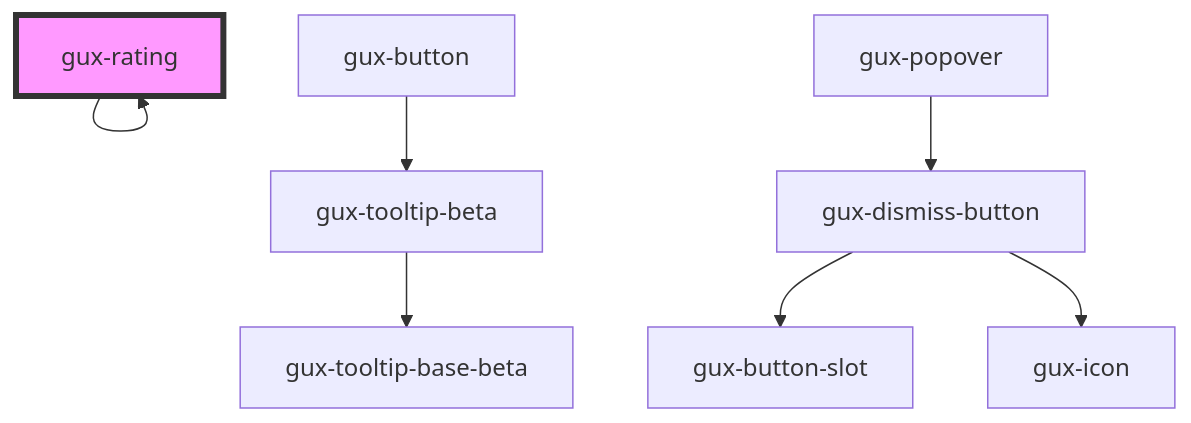
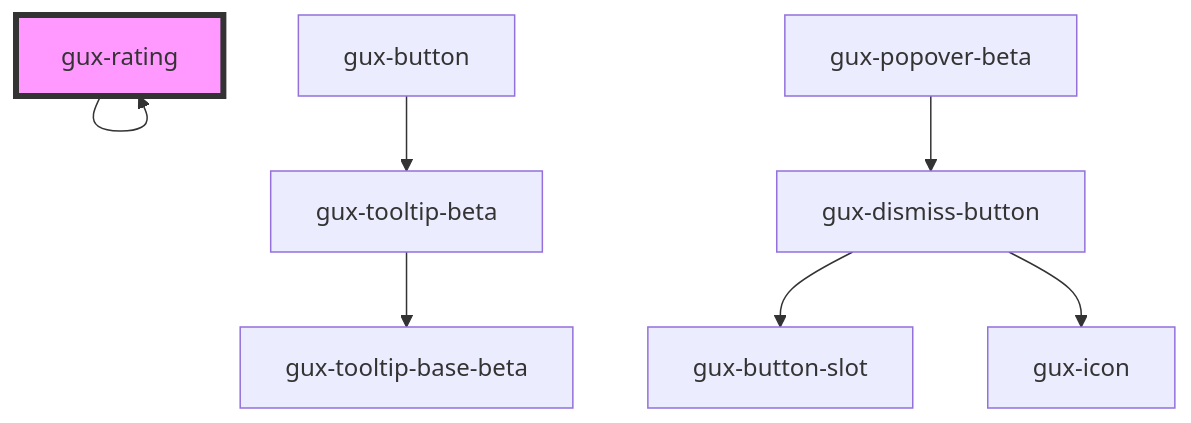
The diagram in packages/genesys-spark-components/src/components/stable/gux-rating/readme.md (MyPureCloud/genesys-spark), drawn with Mermaid before and after one commit. The commit also changed other lines of this file and 3 other files, not shown here.

````diff
--- a/packages/genesys-spark-components/src/components/stable/gux-rating/readme.md
+++ b/packages/genesys-spark-components/src/components/stable/gux-rating/readme.md
@@ -39,10 +39,10 @@
 ```mermaid
 graph TD;
   gux-rating --> gux-rating
   gux-button --> gux-tooltip-beta
   gux-tooltip-beta --> gux-tooltip-base-beta
-  gux-popover --> gux-dismiss-button
+  gux-popover-beta --> gux-dismiss-button
   gux-dismiss-button --> gux-button-slot
   gux-dismiss-button --> gux-icon
   style gux-rating fill:#f9f,stroke:#333,stroke-width:4px
 ```
````
